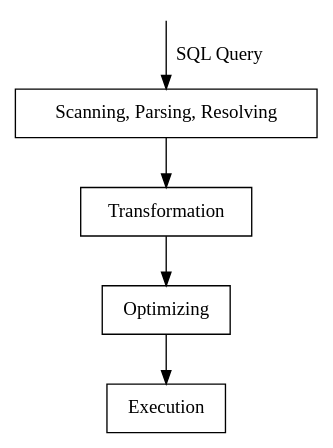
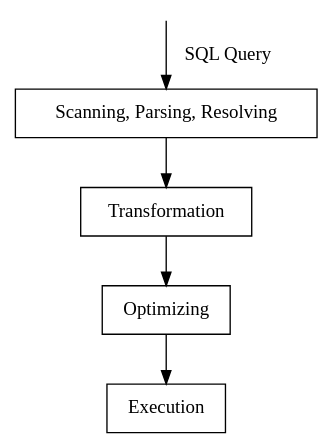
One commit to johansolbakken/solbakken-sunde-master-tools changed the diagram in graphviz/query_processing_pipeline.dot. Above: the diagram before and after it, drawn with Graphviz.

Commit message:
Add some margin to query processing pipeline image

```diff
--- a/graphviz/query_processing_pipeline.dot
+++ b/graphviz/query_processing_pipeline.dot
@@ -1,17 +1,17 @@
 digraph QueryProcessingPipeline {
 
     node [shape=box];
 
     // Nodes definition
     SQLQuery [shape=point, style=invis];
     Parser [label="Scanning, Parsing, Resolving"];
     Transformation [label="Transformation"];
     Optimizer [label="Optimizing"];
     ExecEngine [label="Execution"];
 
     // Edges
-    SQLQuery -> Parser [label="SQL Query"];
+    SQLQuery -> Parser [label="  SQL Query"];
     Parser -> Transformation;
     Transformation -> Optimizer;
     Optimizer -> ExecEngine;
 }
```
